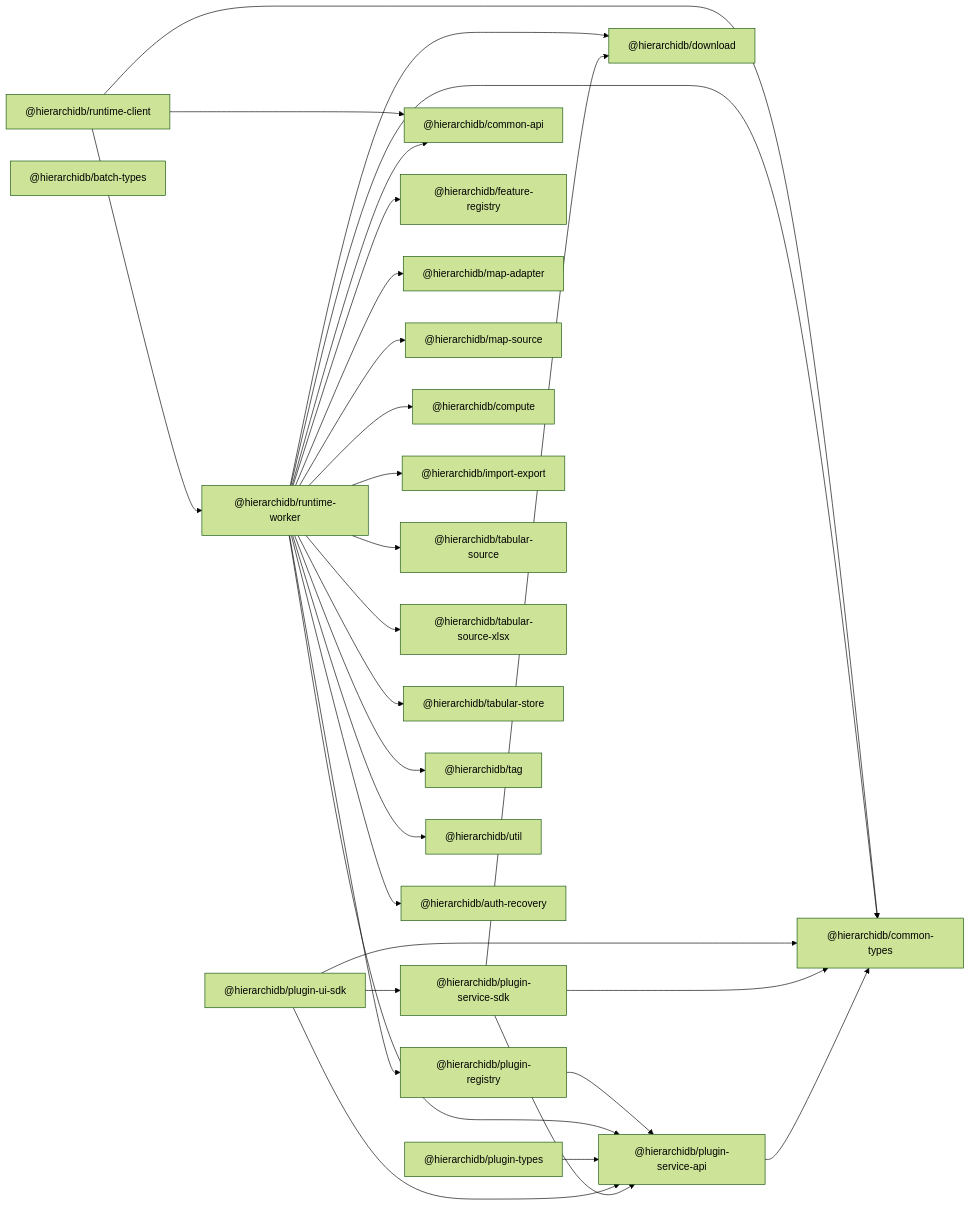
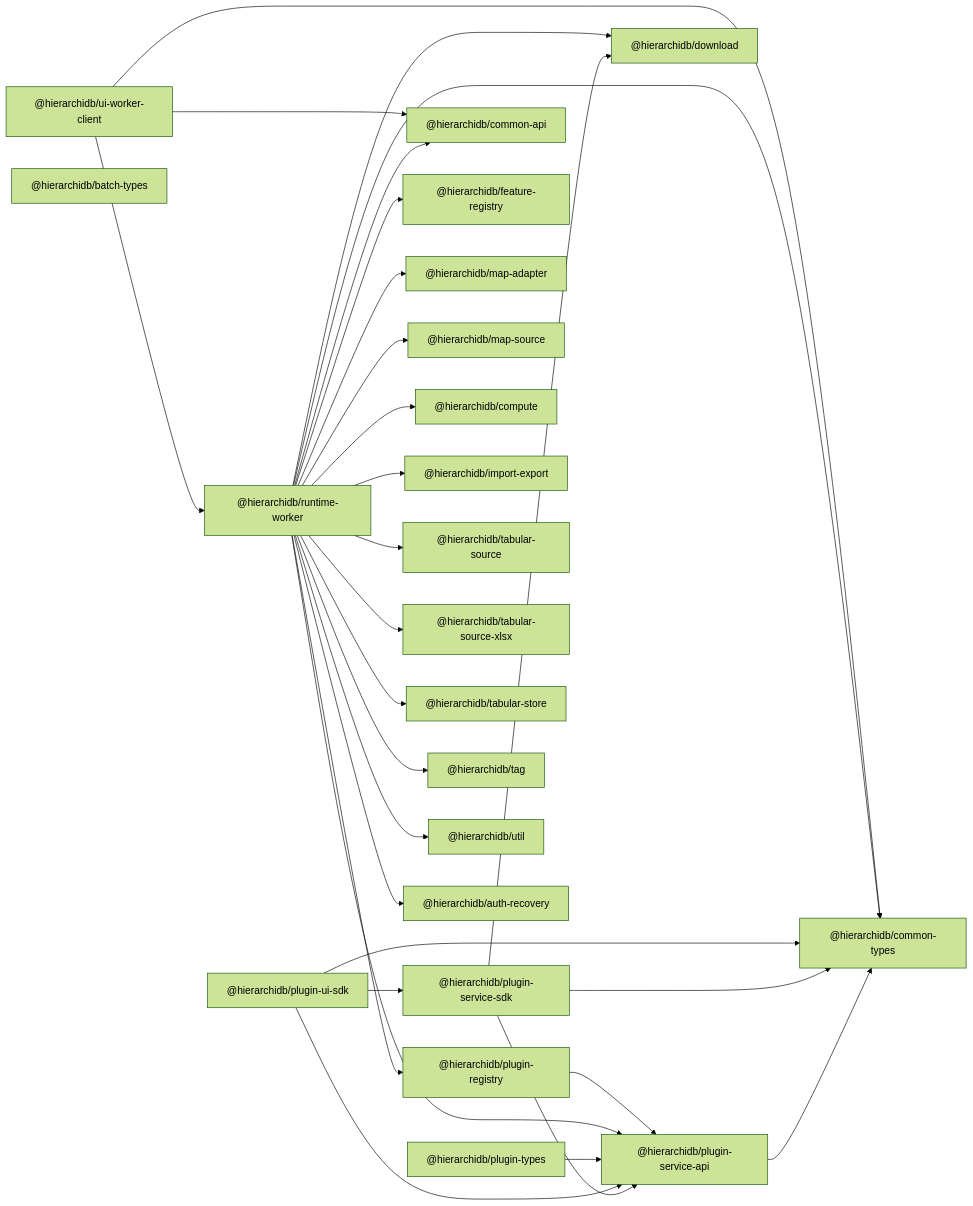
One commit to kubohiroya/hierarchidb changed the diagram in docs/plugin-core-deps.md. Above: the diagram before and after it, drawn with Mermaid (forest theme). The commit also changed 138 other files, not shown here.

````diff
--- a/docs/plugin-core-deps.md
+++ b/docs/plugin-core-deps.md
@@ -1,67 +1,67 @@
 ```mermaid
 graph LR
   %% Core SDK layer
   PSA["@hierarchidb/plugin-service-api"]
   PSS["@hierarchidb/plugin-service-sdk"]
   PUI["@hierarchidb/plugin-ui-sdk"]
   PTS["@hierarchidb/plugin-types"]
   PR["@hierarchidb/plugin-registry"]
 
   %% Runtime consumers
   RW["@hierarchidb/runtime-worker"]
-  RC["@hierarchidb/runtime-client"]
+  RC["@hierarchidb/ui-worker-client"]
 
   %% Shared libraries (light nodes)
   CT["@hierarchidb/common-types"]
   CA["@hierarchidb/common-api"]
   BT["@hierarchidb/batch-types"]
   DL["@hierarchidb/download"]
   FR["@hierarchidb/feature-registry"]
   MAP["@hierarchidb/map-adapter"]
   MS["@hierarchidb/map-source"]
   CMP["@hierarchidb/compute"]
   IE["@hierarchidb/import-export"]
   TS["@hierarchidb/tabular-source"]
   TSX["@hierarchidb/tabular-source-xlsx"]
   TST["@hierarchidb/tabular-store"]
   TAG["@hierarchidb/tag"]
   UTIL["@hierarchidb/util"]
   AUTH["@hierarchidb/auth-recovery"]
 
   %% Edges from core SDK packages
   PSA --> CT
 
   PSS --> PSA
   PSS --> CT
   PSS --> DL
 
   PUI --> PSS
   PUI --> PSA
   PUI --> CT
 
   PTS --> PSA
 
   %% Runtime dependencies
   RW --> PR
   RW --> PSA
   RW --> CA
   RW --> CT
   RW --> FR
   RW --> MAP
   RW --> MS
   RW --> CMP
   RW --> IE
   RW --> DL
   RW --> TS
   RW --> TSX
   RW --> TST
   RW --> TAG
   RW --> UTIL
   RW --> AUTH
 
   RC --> RW
   RC --> CA
   RC --> CT
 
   PR --> PSA
 ```
````
